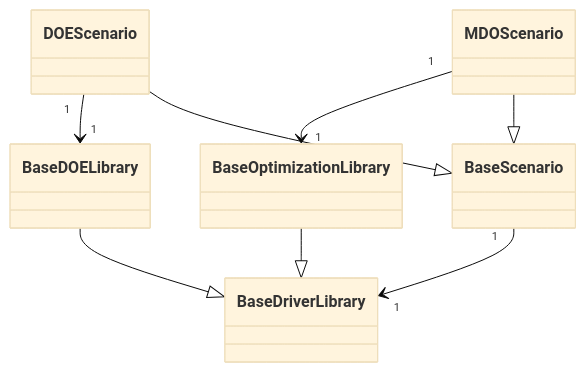
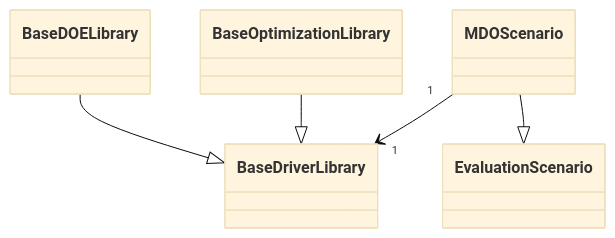
One commit to gemseo/gemseo changed the fourth of 5 diagrams in docs/software/system_architecture.md. Above: the diagram before and after it, drawn with Mermaid (base theme). The commit also changed other lines of this file and 240 other files, not shown here.

Commit message:
Evaluation scenario

````diff
--- a/docs/software/system_architecture.md
+++ b/docs/software/system_architecture.md
@@ -181,10 +180,7 @@
 ``` mermaid
 classDiagram
     BaseDOELibrary --|> BaseDriverLibrary
     BaseOptimizationLibrary --|> BaseDriverLibrary
-    BaseScenario "1" --> "1" BaseDriverLibrary
-    DOEScenario "1" --> "1" BaseDOELibrary
-    MDOScenario "1" --> "1" BaseOptimizationLibrary
-    MDOScenario --|> BaseScenario
-    DOEScenario --|> BaseScenario
+    MDOScenario "1" --> "1" BaseDriverLibrary
+    MDOScenario --|> EvaluationScenario
 ```
````
